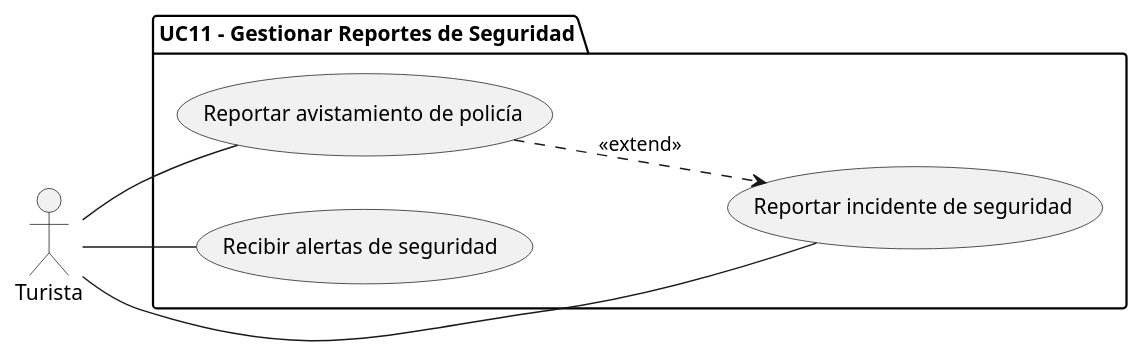
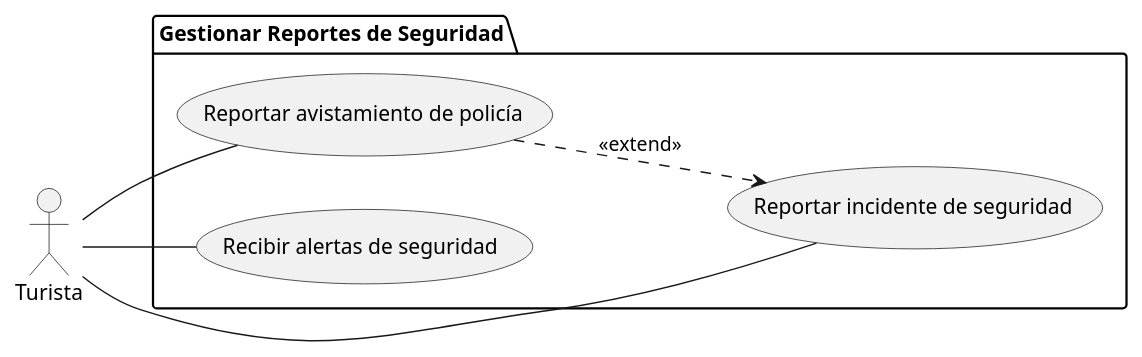
One commit to xdark-nessx20/SM-Xplore changed the diagram in docs/modelos/uc-lvl-1/gestionar-reportes-de-seguridad/turista-diagrama.puml. Above: the diagram before and after it, drawn with PlantUML. The commit also changed 7 other files, not shown here.

```diff
--- a/docs/modelos/uc-lvl-1/gestionar-reportes-de-seguridad/turista-diagrama.puml
+++ b/docs/modelos/uc-lvl-1/gestionar-reportes-de-seguridad/turista-diagrama.puml
@@ -1,18 +1,18 @@
 @startuml
 left to right direction
 
 actor Turista as T
 
-package "UC11 - Gestionar Reportes de Seguridad" {
+package "Gestionar Reportes de Seguridad" {
     usecase "Reportar incidente de seguridad" as UC1
     usecase "Reportar avistamiento de policía" as UC2
     usecase "Recibir alertas de seguridad" as UC3
 }
 
 T -- UC1
 T -- UC2
 T -- UC3
 
 UC2 ..> UC1 : <<extend>>
 
 @enduml
```
